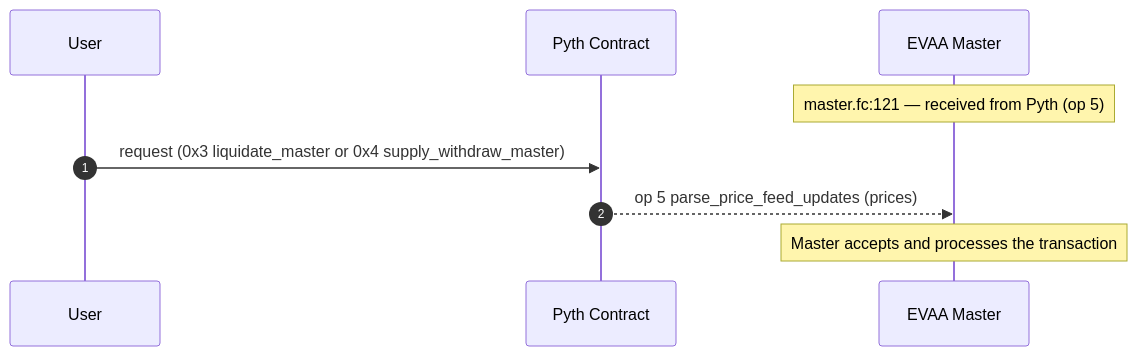
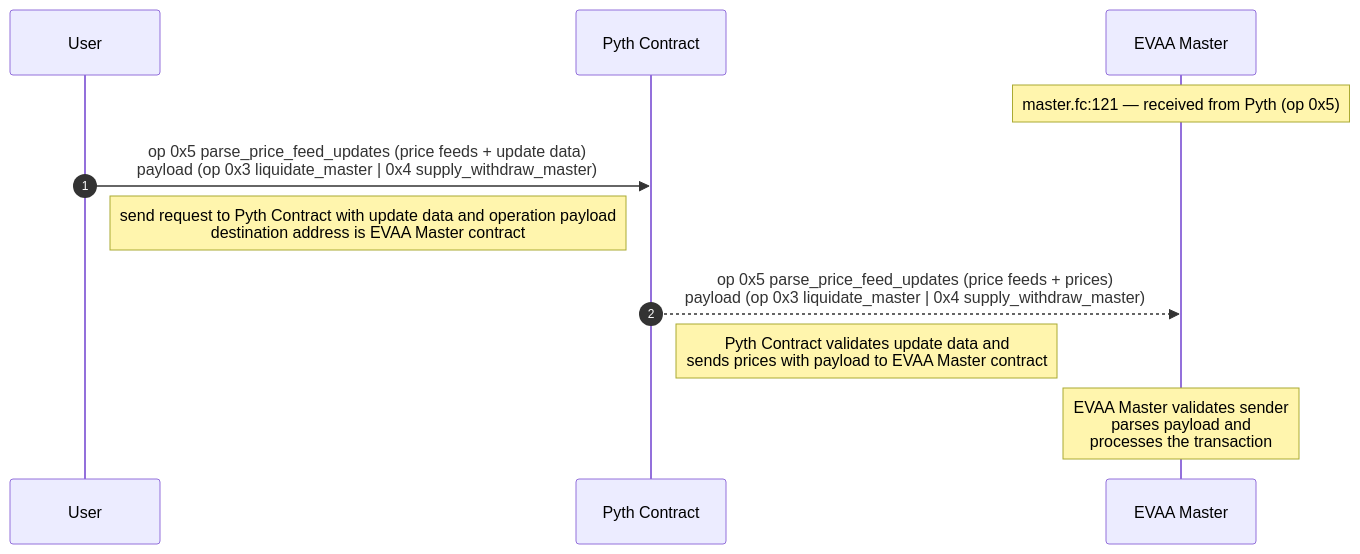
One commit to pyth-network/documentation changed the first of 7 diagrams in pages/price-feeds/use-real-time-data/ton.mdx. Above: the diagram before and after it, drawn with Mermaid. The commit also changed other lines of this file, not shown here.

Commit message:
clarify evaa flow, add pyth connector flow

````diff
--- a/pages/price-feeds/use-real-time-data/ton.mdx
+++ b/pages/price-feeds/use-real-time-data/ton.mdx
@@ -154,12 +155,14 @@
 ```mermaid
 sequenceDiagram
   autonumber
   participant U as User
   participant P as Pyth Contract
   participant M as EVAA Master
 
-  note over M: master.fc:121 — received from Pyth (op 5)
-  U->>P: request (0x3 liquidate_master or 0x4 supply_withdraw_master)
-  P-->>M: op 5 parse_price_feed_updates (prices)
-  note over M: Master accepts and processes the transaction
+  note over M: master.fc:121 — received from Pyth (op 0x5)
+  U->>P: op 0x5 parse_price_feed_updates (price feeds + update data)<br/>payload (op 0x3 liquidate_master | 0x4 supply_withdraw_master)
+  note right of U: send request to Pyth Contract with update data and operation payload<br/>destination address is EVAA Master contract
+  P-->>M: op 0x5 parse_price_feed_updates (price feeds + prices)<br/>payload (op 0x3 liquidate_master | 0x4 supply_withdraw_master)
+  note right of P: Pyth Contract validates update data and <br/> sends prices with payload to EVAA Master contract
+  note over M: EVAA Master validates sender <br/> parses payload and <br/> processes the transaction
 ```
````
